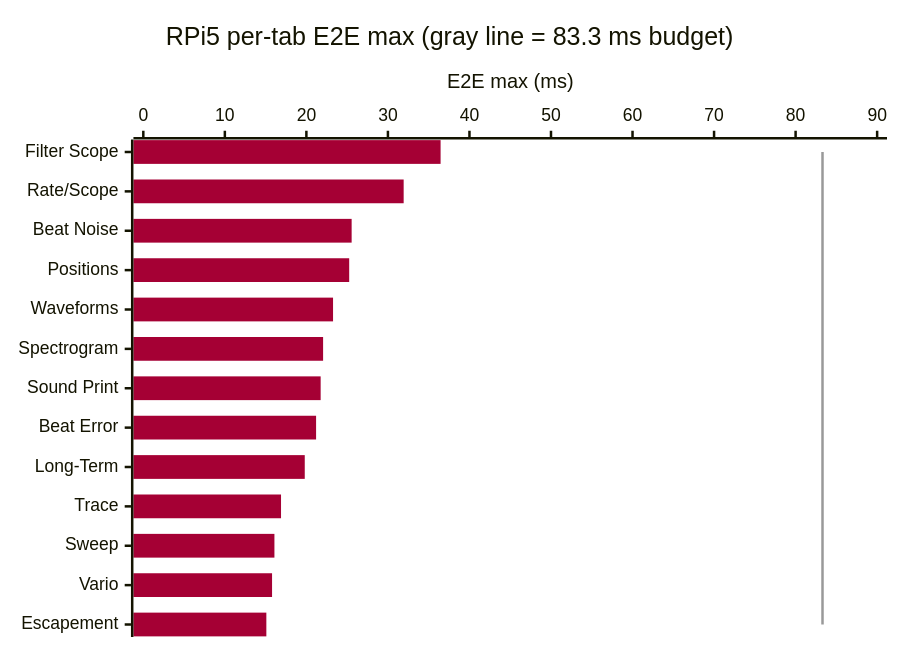
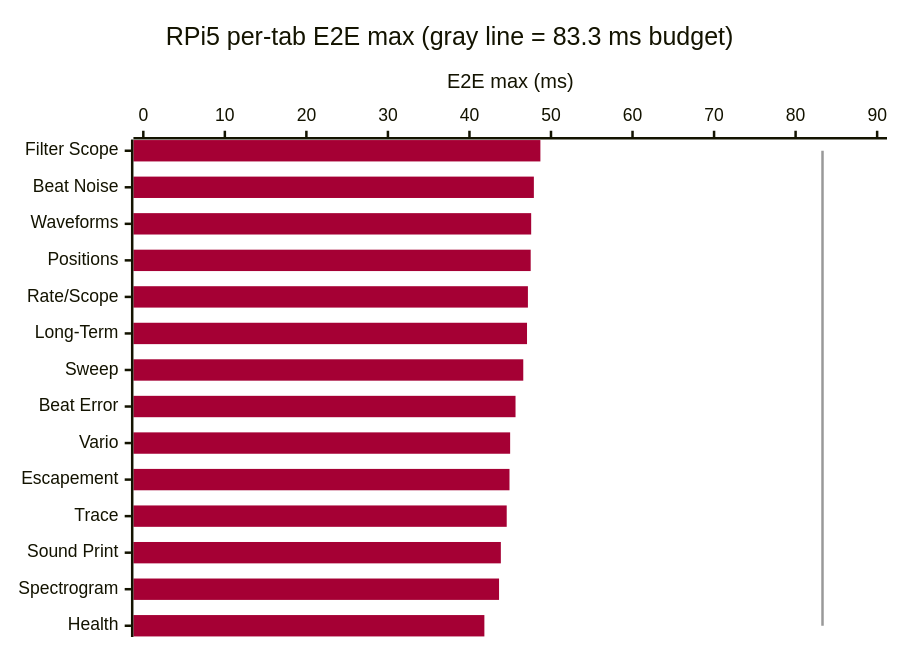
The third of 6 diagrams in Milestone/en/4-Planned-Experiments.md (lgcmu2026-team5/TimeGrapher-Docs), drawn with Mermaid before and after one commit. The commit also changed other lines of this file and 15 other files, not shown here.

````diff
--- a/Milestone/en/4-Planned-Experiments.md
+++ b/Milestone/en/4-Planned-Experiments.md
@@ -175,9 +177,9 @@
 ```mermaid
 %%{init: {"themeVariables": {"xyChart": {"plotColorPalette": "#A50034, #999999"}}}}%%
 xychart-beta horizontal
     title "RPi5 per-tab E2E max (gray line = 83.3 ms budget)"
-    x-axis ["Filter Scope", "Rate/Scope", "Beat Noise", "Positions", "Waveforms", "Spectrogram", "Sound Print", "Beat Error", "Long-Term", "Trace", "Sweep", "Vario", "Escapement"]
+    x-axis ["Filter Scope", "Beat Noise", "Waveforms", "Positions", "Rate/Scope", "Long-Term", "Sweep", "Beat Error", "Vario", "Escapement", "Trace", "Sound Print", "Spectrogram", "Health"]
     y-axis "E2E max (ms)" 0 --> 90
-    bar [36.46, 31.93, 25.55, 25.25, 23.27, 22.05, 21.75, 21.19, 19.8, 16.89, 16.08, 15.79, 15.09]
-    line [83.3, 83.3, 83.3, 83.3, 83.3, 83.3, 83.3, 83.3, 83.3, 83.3, 83.3, 83.3, 83.3]
+    bar [48.70, 47.90, 47.57, 47.51, 47.17, 47.06, 46.60, 45.65, 44.99, 44.91, 44.57, 43.85, 43.63, 41.83]
+    line [83.3, 83.3, 83.3, 83.3, 83.3, 83.3, 83.3, 83.3, 83.3, 83.3, 83.3, 83.3, 83.3, 83.3]
 ```
````
